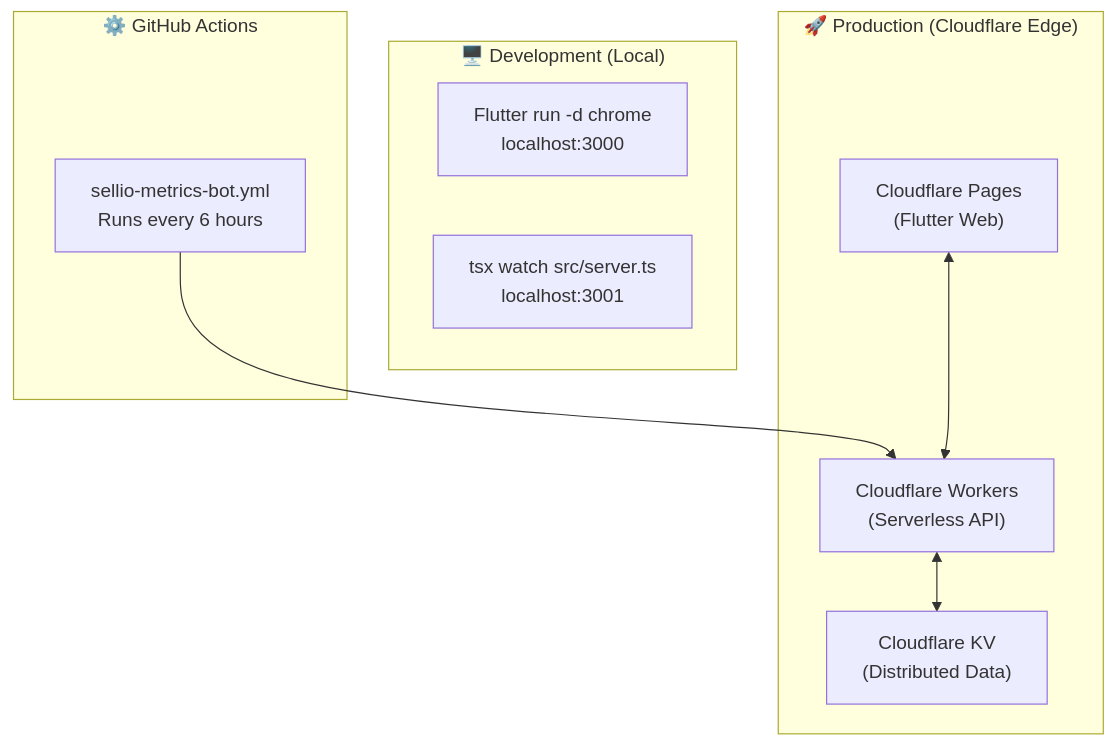
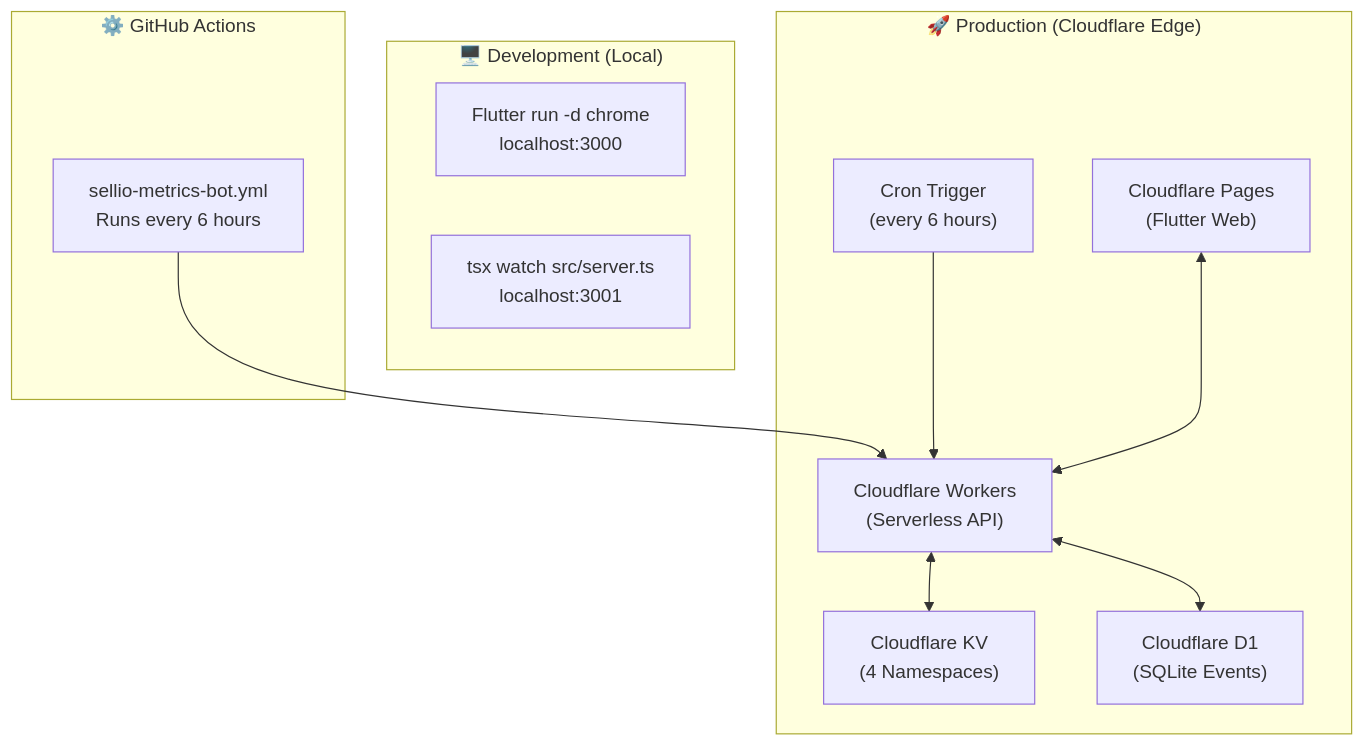
One commit to Sellio-Squad/sellio_metrics changed diagram 12 of 12 in ARCHITECTURE.md. Above: the diagram before and after it, drawn with Mermaid. The commit also changed other lines of this file and 14 other files, not shown here.

````diff
--- a/ARCHITECTURE.md
+++ b/ARCHITECTURE.md
@@ -352,21 +424,25 @@
 ```mermaid
 graph TB
     subgraph Local["🖥️ Development (Local)"]
         FL["Flutter run -d chrome<br/>localhost:3000"]
         TS["tsx watch src/server.ts<br/>localhost:3001"]
     end
 
     subgraph CI["⚙️ GitHub Actions"]
         BOT["sellio-metrics-bot.yml<br/>Runs every 6 hours"]
     end
 
     subgraph Deployment["🚀 Production (Cloudflare Edge)"]
         WEB["Cloudflare Pages<br/>(Flutter Web)"]
         API["Cloudflare Workers<br/>(Serverless API)"]
-        KV["Cloudflare KV<br/>(Distributed Data)"]
+        KV["Cloudflare KV<br/>(4 Namespaces)"]
+        DB["Cloudflare D1<br/>(SQLite Events)"]
+        CRON["Cron Trigger<br/>(every 6 hours)"]
     end
 
     BOT --> API
     API <--> KV
+    API <--> DB
+    CRON --> API
     WEB <--> API
 ```
````
